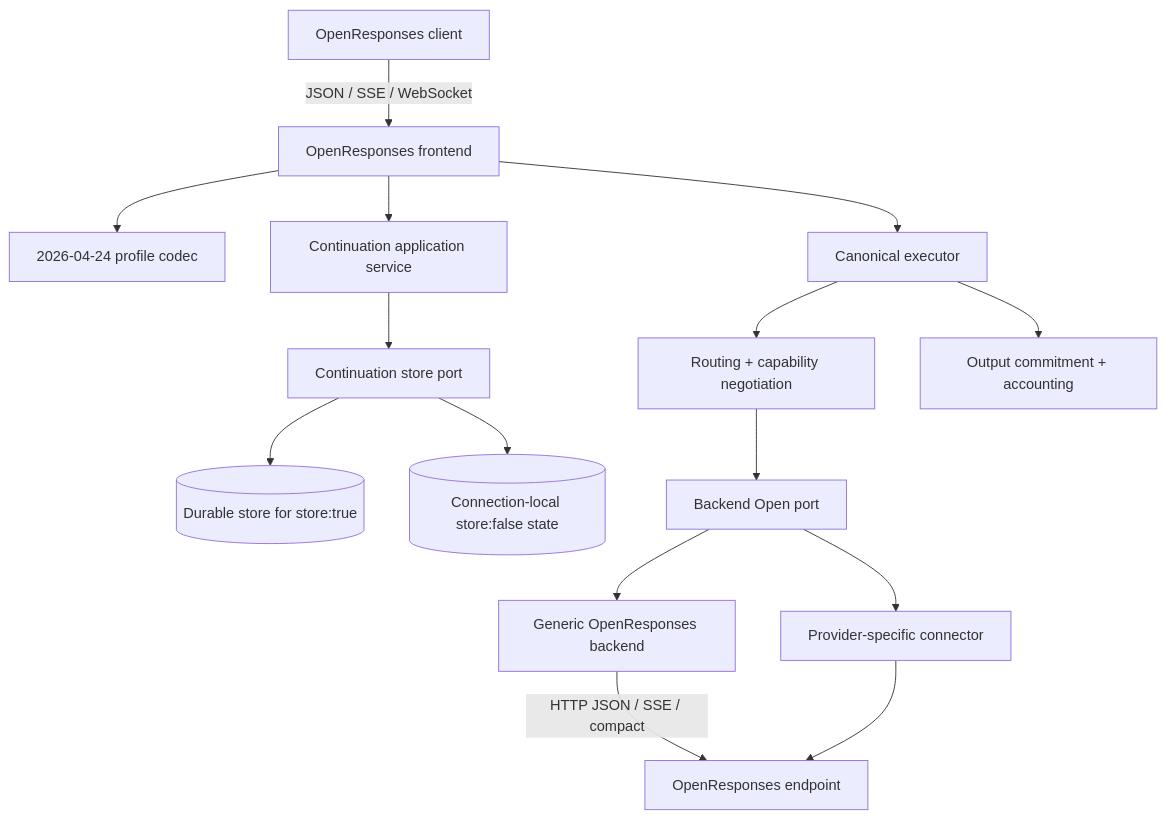
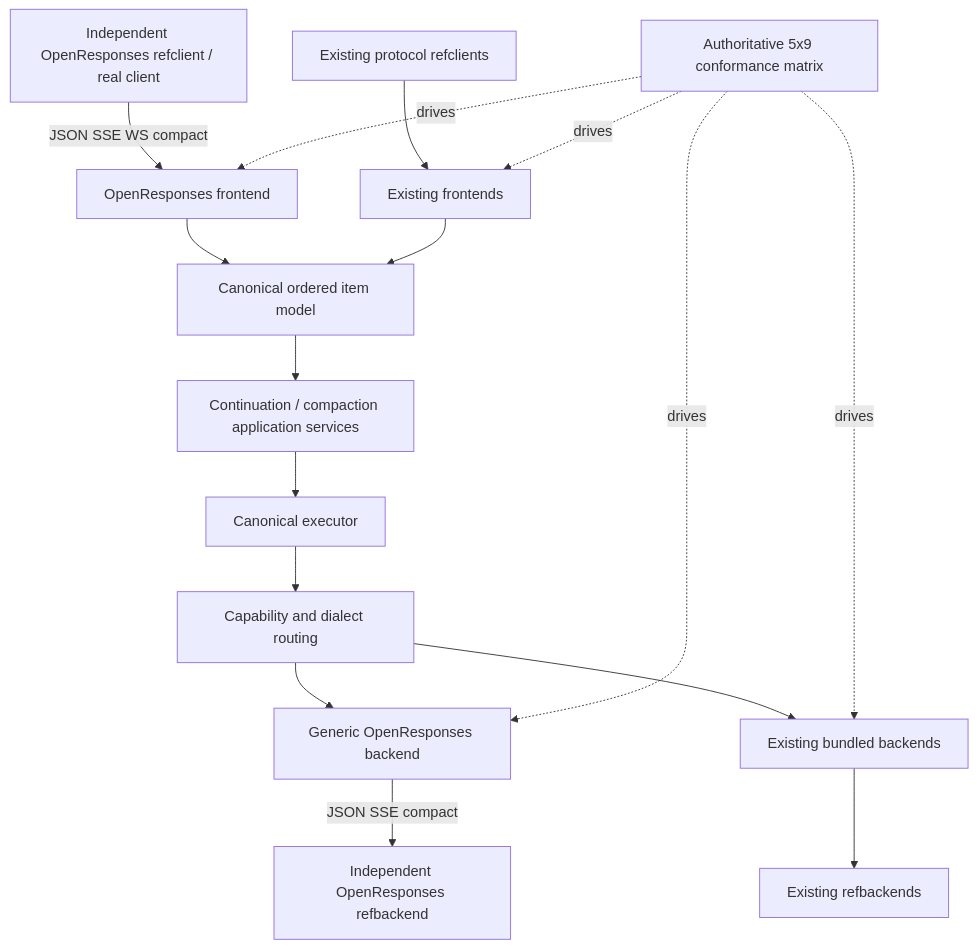
One commit to matdev83/go-llm-interactive-proxy changed the diagram in .kiro/specs/openresponses-api-support/design.md. Above: the diagram before and after it, drawn with Mermaid. The commit also changed other lines of this file, not shown here.

Commit message:
spec: design independent emulators and full translation matrix

````diff
--- a/.kiro/specs/openresponses-api-support/design.md
+++ b/.kiro/specs/openresponses-api-support/design.md
@@ -99,17 +107,18 @@
 ```mermaid
 graph TB
-    Client[OpenResponses client] -->|JSON / SSE / WebSocket| ORFE[OpenResponses frontend]
-    ORFE --> Profile[2026-04-24 profile codec]
-    ORFE --> Continuation[Continuation application service]
-    Continuation --> StatePort[Continuation store port]
-    StatePort --> Durable[(Durable store for store:true)]
-    StatePort --> Local[(Connection-local store:false state)]
-    ORFE --> Executor[Canonical executor]
-    Executor --> Routing[Routing + capability negotiation]
-    Routing --> BackendPort[Backend Open port]
-    BackendPort --> ORBE[Generic OpenResponses backend]
-    BackendPort --> ProviderConnector[Provider-specific connector]
-    ORBE -->|HTTP JSON / SSE / compact| Provider[OpenResponses endpoint]
-    ProviderConnector --> Provider
-    Executor --> Commitment[Output commitment + accounting]
+    ORClient[Independent OpenResponses refclient / real client] -->|JSON SSE WS compact| ORFE[OpenResponses frontend]
+    ExistingClients[Existing protocol refclients] --> ExistingFE[Existing frontends]
+    ORFE --> Canon[Canonical ordered item model]
+    ExistingFE --> Canon
+    Canon --> Cont[Continuation / compaction application services]
+    Cont --> Exec[Canonical executor]
+    Exec --> Route[Capability and dialect routing]
+    Route --> ORBE[Generic OpenResponses backend]
+    Route --> ExistingBE[Existing bundled backends]
+    ORBE -->|JSON SSE compact| ORRef[Independent OpenResponses refbackend]
+    ExistingBE --> ExistingRef[Existing refbackends]
+    Matrix[Authoritative 5x9 conformance matrix] -. drives .-> ORFE
+    Matrix -. drives .-> ExistingFE
+    Matrix -. drives .-> ORBE
+    Matrix -. drives .-> ExistingBE
 ```
````
